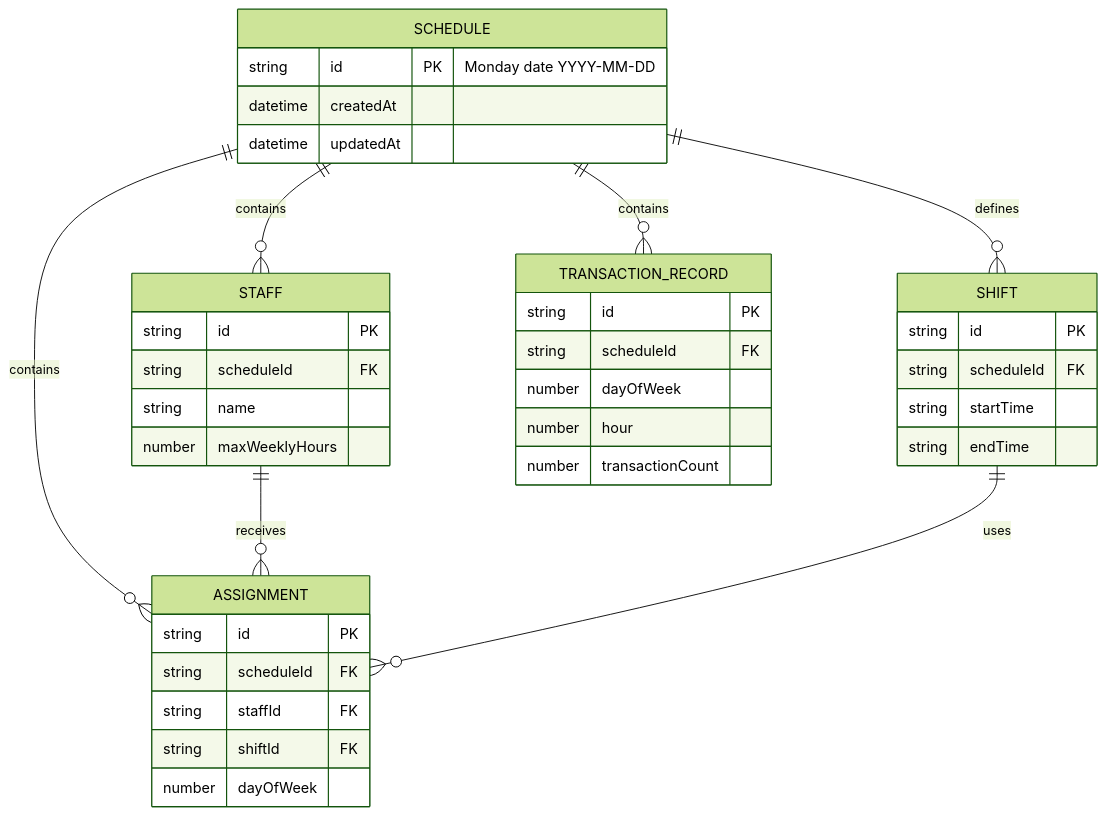
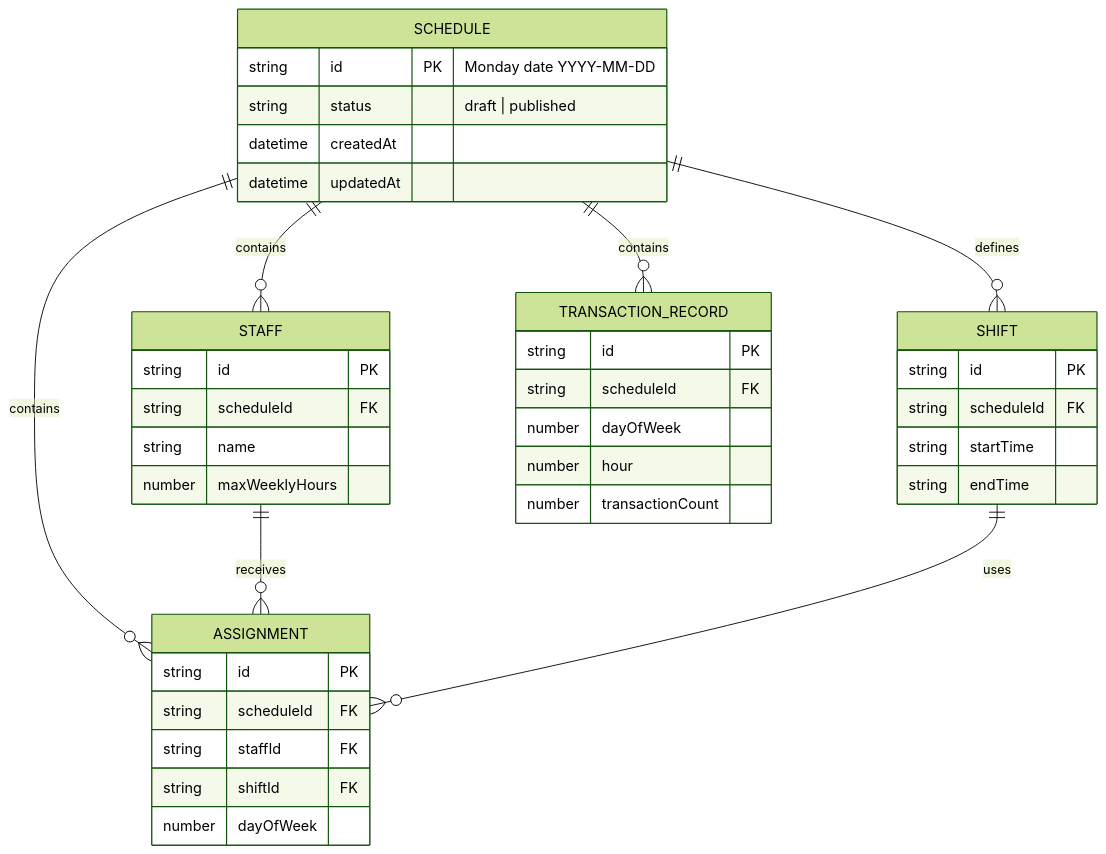
Before and after one commit to kmthach/employee-scheduler: the diagram in ERD.md, drawn with Mermaid (forest theme). The commit also changed other lines of this file and 13 other files, not shown here.

````diff
--- a/ERD.md
+++ b/ERD.md
@@ -13,45 +13,46 @@
 ```mermaid
 erDiagram
     SCHEDULE ||--o{ STAFF : contains
     SCHEDULE ||--o{ SHIFT : defines
     SCHEDULE ||--o{ ASSIGNMENT : contains
     SCHEDULE ||--o{ TRANSACTION_RECORD : contains
     STAFF ||--o{ ASSIGNMENT : receives
     SHIFT ||--o{ ASSIGNMENT : uses
 
     SCHEDULE {
         string id PK "Monday date YYYY-MM-DD"
+        string status "draft | published"
         datetime createdAt
         datetime updatedAt
     }
 
     STAFF {
         string id PK
         string scheduleId FK
         string name
         number maxWeeklyHours
     }
 
     SHIFT {
         string id PK
         string scheduleId FK
         string startTime
         string endTime
     }
 
     ASSIGNMENT {
         string id PK
         string scheduleId FK
         string staffId FK
         string shiftId FK
         number dayOfWeek
     }
 
     TRANSACTION_RECORD {
         string id PK
         string scheduleId FK
         number dayOfWeek
         number hour
         number transactionCount
     }
 ```
````
